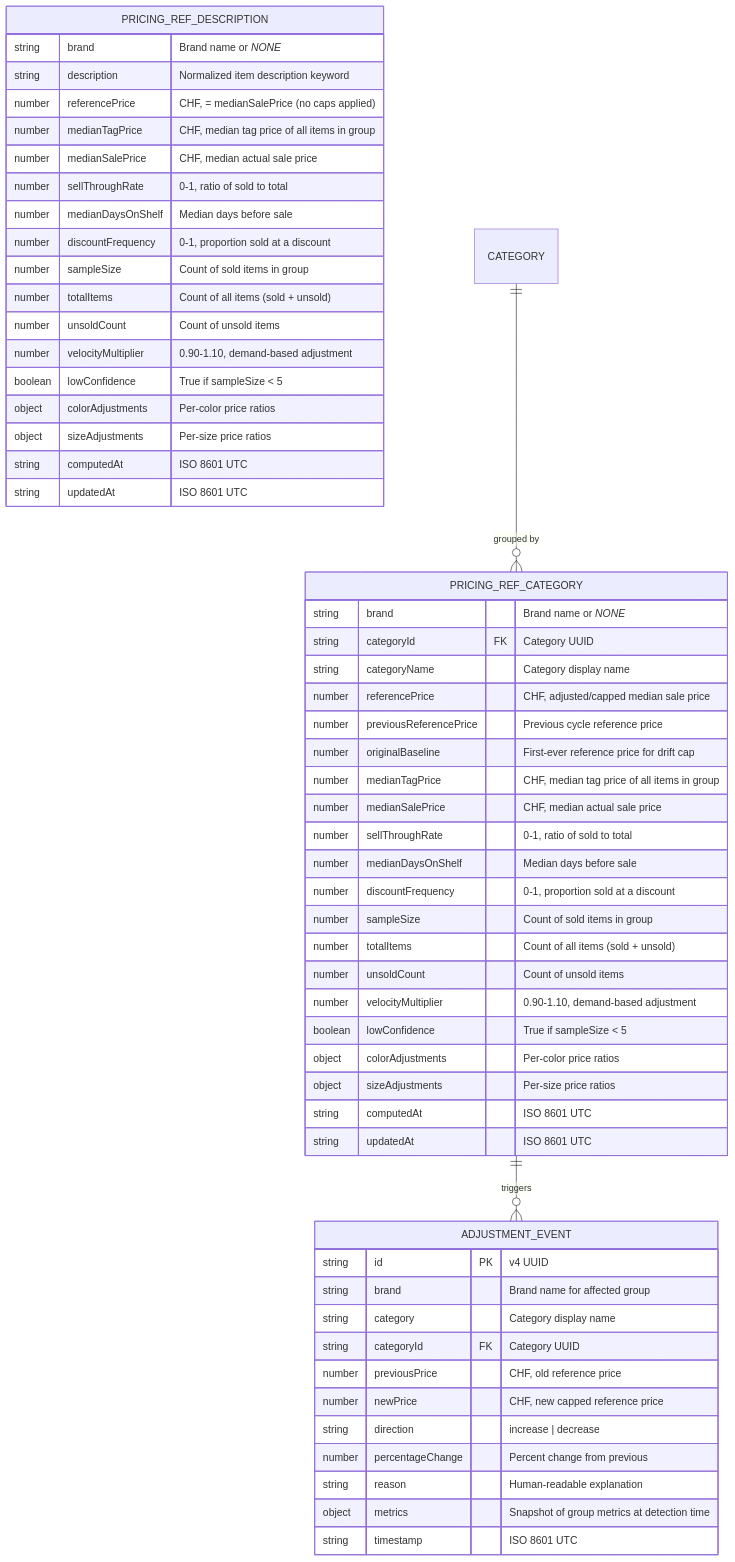
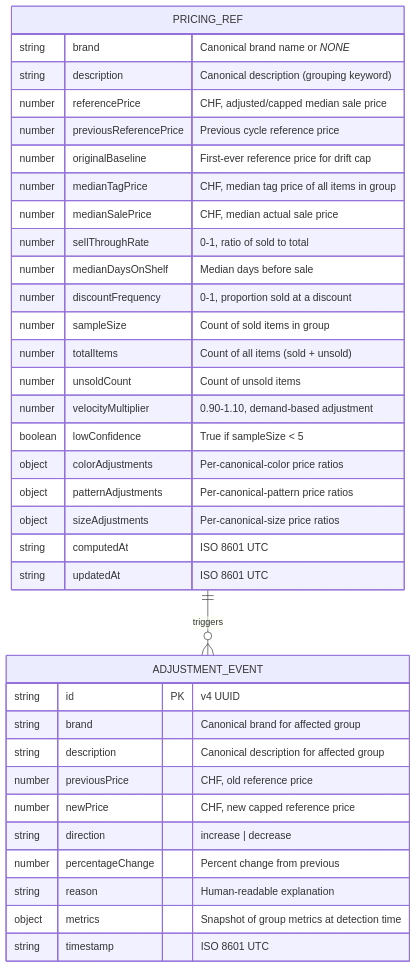
Before and after one commit to xerian-dev/thymos-cloud: the second of 2 diagrams in docs/data-model.md, drawn with Mermaid. The commit also changed other lines of this file and 1 other file, not shown here.

First line of the commit message:
refactor: redesign pricing table to brand×description grouping

````diff
--- a/docs/data-model.md
+++ b/docs/data-model.md
@@ -170,62 +170,40 @@
 ```mermaid
 erDiagram
-    PRICING_REF_CATEGORY {
-        string brand "Brand name or _NONE_"
-        string categoryId FK "Category UUID"
-        string categoryName "Category display name"
+    PRICING_REF {
+        string brand "Canonical brand name or _NONE_"
+        string description "Canonical description (grouping keyword)"
         number referencePrice "CHF, adjusted/capped median sale price"
         number previousReferencePrice "Previous cycle reference price"
         number originalBaseline "First-ever reference price for drift cap"
         number medianTagPrice "CHF, median tag price of all items in group"
         number medianSalePrice "CHF, median actual sale price"
         number sellThroughRate "0-1, ratio of sold to total"
         number medianDaysOnShelf "Median days before sale"
         number discountFrequency "0-1, proportion sold at a discount"
         number sampleSize "Count of sold items in group"
         number totalItems "Count of all items (sold + unsold)"
         number unsoldCount "Count of unsold items"
         number velocityMultiplier "0.90-1.10, demand-based adjustment"
         boolean lowConfidence "True if sampleSize < 5"
-        object colorAdjustments "Per-color price ratios"
-        object sizeAdjustments "Per-size price ratios"
-        string computedAt "ISO 8601 UTC"
-        string updatedAt "ISO 8601 UTC"
-    }
-
-    PRICING_REF_DESCRIPTION {
-        string brand "Brand name or _NONE_"
-        string description "Normalized item description keyword"
-        number referencePrice "CHF, = medianSalePrice (no caps applied)"
-        number medianTagPrice "CHF, median tag price of all items in group"
-        number medianSalePrice "CHF, median actual sale price"
-        number sellThroughRate "0-1, ratio of sold to total"
-        number medianDaysOnShelf "Median days before sale"
-        number discountFrequency "0-1, proportion sold at a discount"
-        number sampleSize "Count of sold items in group"
-        number totalItems "Count of all items (sold + unsold)"
-        number unsoldCount "Count of unsold items"
-        number velocityMultiplier "0.90-1.10, demand-based adjustment"
-        boolean lowConfidence "True if sampleSize < 5"
-        object colorAdjustments "Per-color price ratios"
-        object sizeAdjustments "Per-size price ratios"
+        object colorAdjustments "Per-canonical-color price ratios"
+        object patternAdjustments "Per-canonical-pattern price ratios"
+        object sizeAdjustments "Per-canonical-size price ratios"
         string computedAt "ISO 8601 UTC"
         string updatedAt "ISO 8601 UTC"
     }
 
     ADJUSTMENT_EVENT {
         string id PK "v4 UUID"
-        string brand "Brand name for affected group"
-        string category "Category display name"
-        string categoryId FK "Category UUID"
+        string brand "Canonical brand for affected group"
+        string description "Canonical description for affected group"
         number previousPrice "CHF, old reference price"
         number newPrice "CHF, new capped reference price"
         string direction "increase | decrease"
         number percentageChange "Percent change from previous"
         string reason "Human-readable explanation"
         object metrics "Snapshot of group metrics at detection time"
         string timestamp "ISO 8601 UTC"
     }
 
-    CATEGORY ||--o{ PRICING_REF_CATEGORY : "grouped by"
-    PRICING_REF_CATEGORY ||--o{ ADJUSTMENT_EVENT : "triggers"
+    PRICING_REF ||--o{ ADJUSTMENT_EVENT : "triggers"
 ```
````
